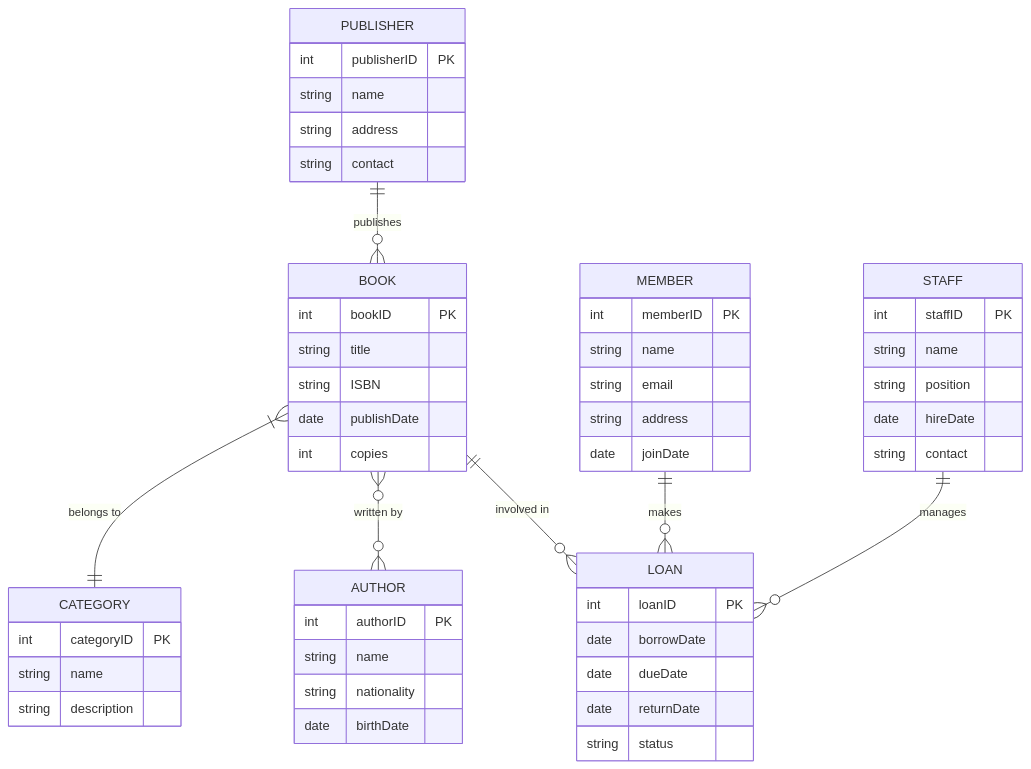
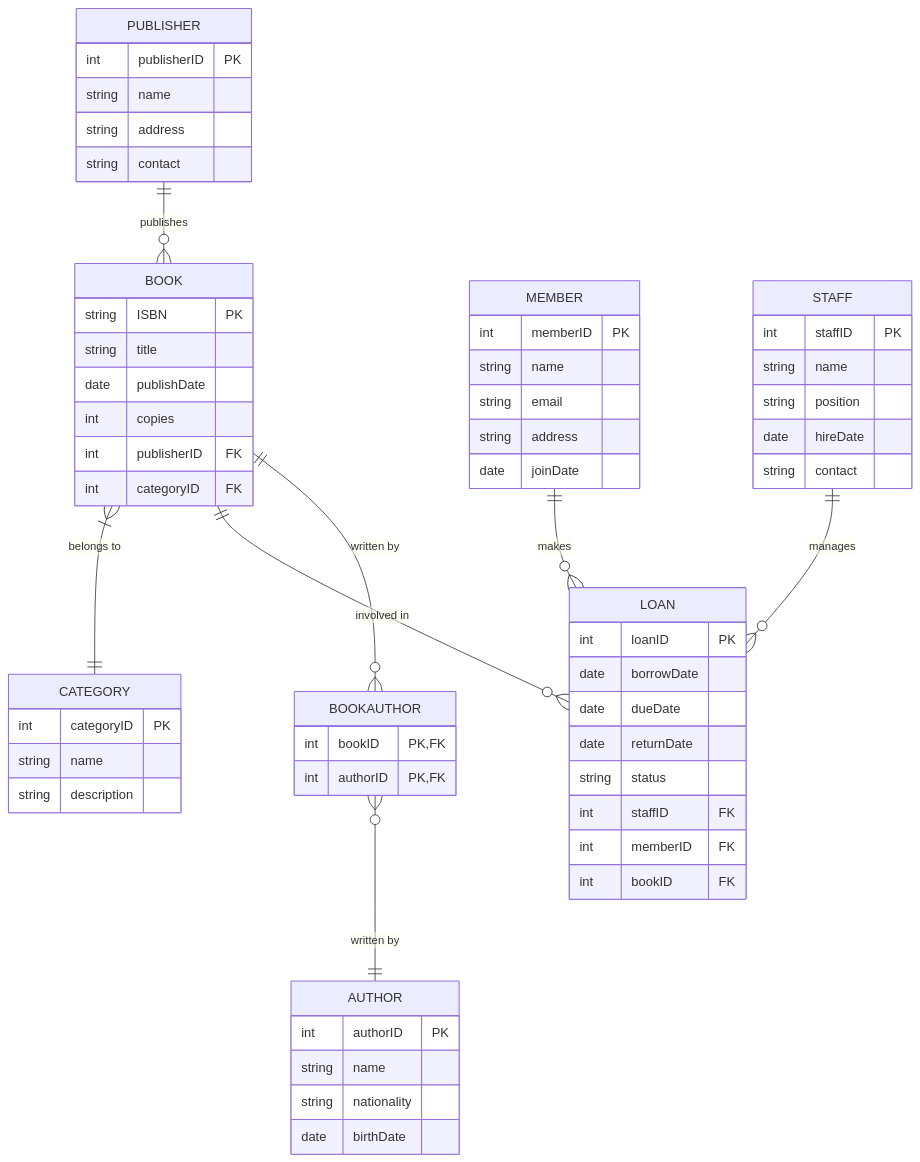
One commit to angelogalantiscuola/2425_5M changed the diagram in src/e14.mermaid. Above: the diagram before and after it, drawn with Mermaid. The commit also changed 2 other files, not shown here.

Commit message:
Enhance library documentation and ER diagrams with detailed entity relationships and SQL queries

```diff
--- a/src/e14.mermaid
+++ b/src/e14.mermaid
@@ -1,59 +1,69 @@
 erDiagram
     BOOK }|--|| CATEGORY : "belongs to"
-    BOOK }o--o{ AUTHOR : "written by"
     BOOK ||--o{ LOAN : "involved in"
     MEMBER ||--o{ LOAN : "makes"
     STAFF ||--o{ LOAN : "manages"
     PUBLISHER ||--o{ BOOK : "publishes"
+    BOOK ||--o{ BOOKAUTHOR : "written by"
+    BOOKAUTHOR }o--|| AUTHOR : "written by"
 
     BOOK {
-        int bookID PK
+        string ISBN PK
         string title
-        string ISBN
         date publishDate
         int copies
+        int publisherID FK
+        int categoryID FK
+    }
+
+    BOOKAUTHOR {
+        int bookID PK, FK
+        int authorID PK, FK
     }
 
     AUTHOR {
         int authorID PK
         string name
         string nationality
         date birthDate
     }
 
     MEMBER {
         int memberID PK
         string name
         string email
         string address
         date joinDate
     }
 
     LOAN {
         int loanID PK
         date borrowDate
         date dueDate
         date returnDate
         string status
+        int staffID FK
+        int memberID FK
+        int bookID FK
     }
 
     CATEGORY {
         int categoryID PK
         string name
         string description
     }
 
     PUBLISHER {
         int publisherID PK
         string name
         string address
         string contact
     }
 
     STAFF {
         int staffID PK
         string name
         string position
         date hireDate
         string contact
     }
```
